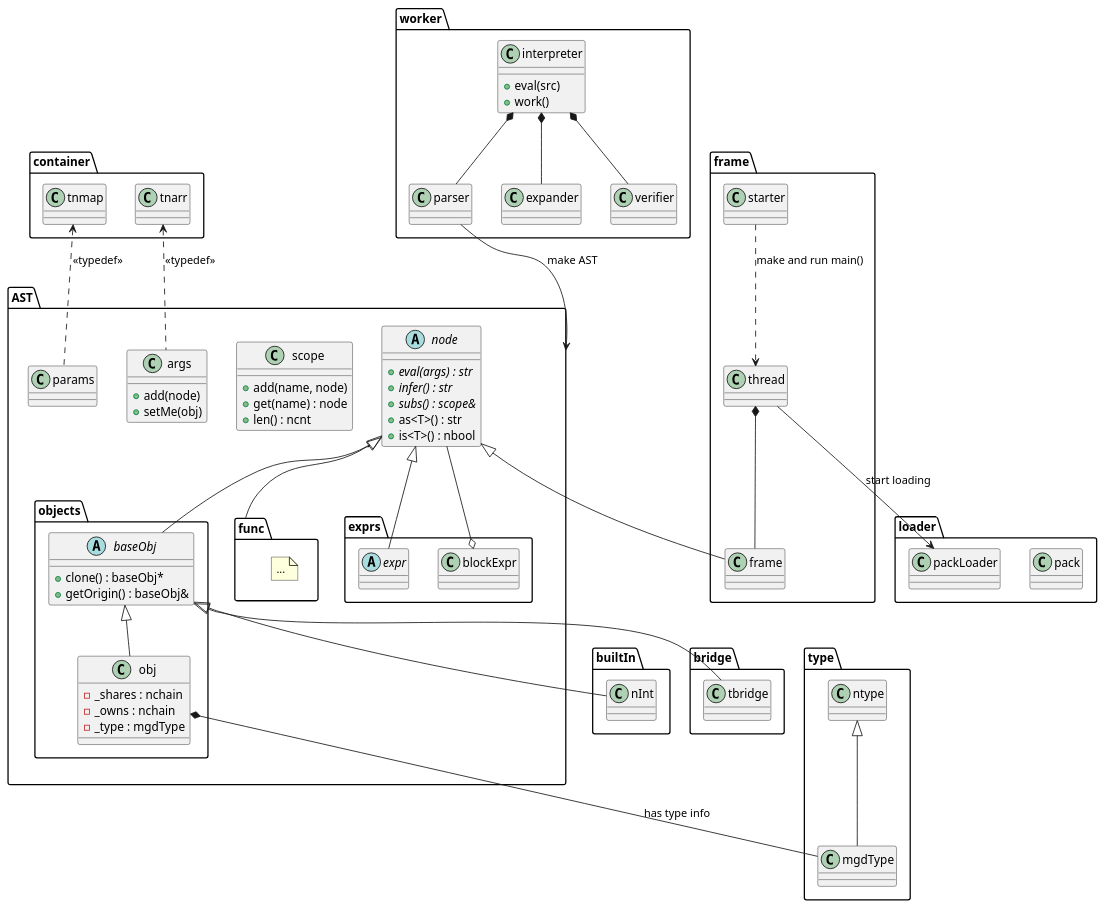
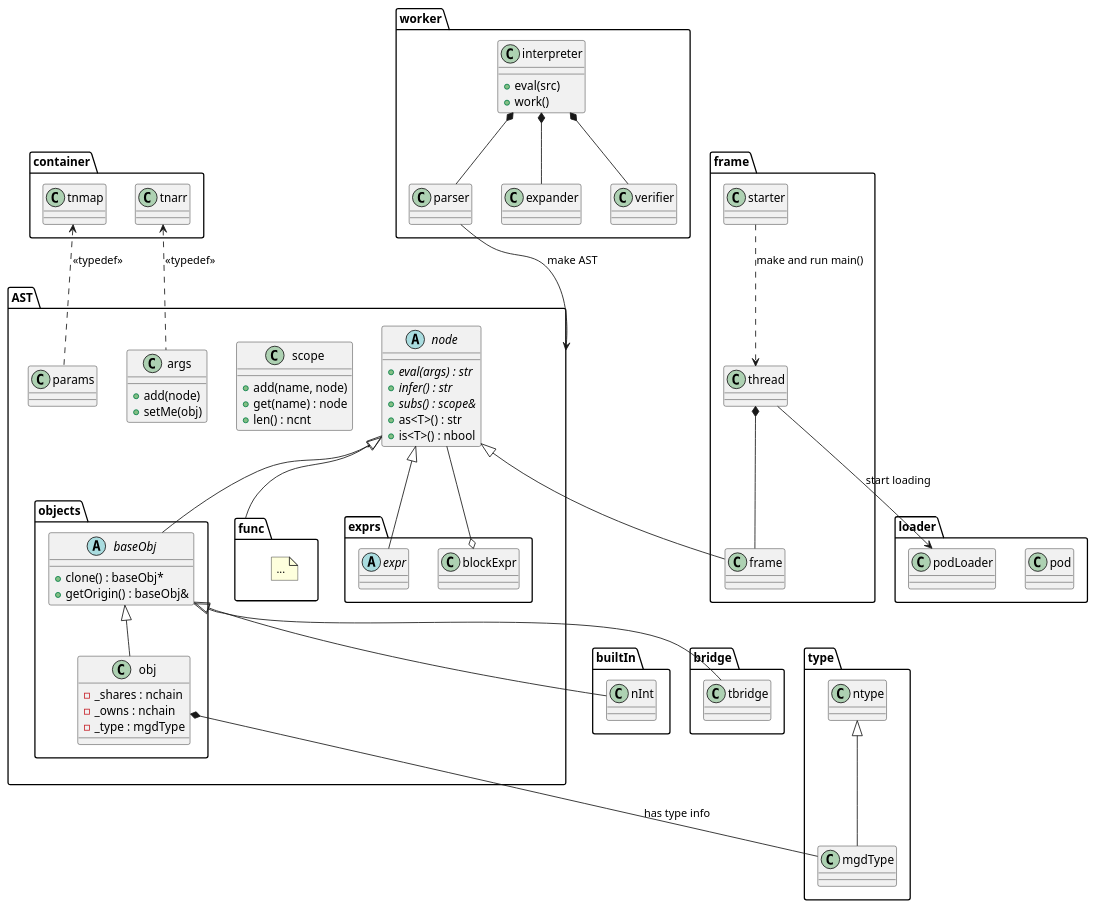
The second of 19 diagrams in doc/ref/ko/ak-architecture-core.md (byeolang/byeol), drawn with PlantUML before and after one commit. The commit also changed other lines of this file and 7 other files, not shown here.

Commit message:
doc: rename pack to pod

```diff
--- a/doc/ref/ko/ak-architecture-core.md
+++ b/doc/ref/ko/ak-architecture-core.md
@@ -191,8 +191,8 @@
 baseObj <|-- tbridge
 
 package loader {
-  class pack
-  class packLoader
+  class pod
+  class podLoader
 }
 
 package "frame" as frame1 {
@@ -203,7 +203,7 @@
 node <|-- frame
 thread *-- frame
 starter ..> thread: make and run main()
-thread --> packLoader: start loading
+thread --> podLoader: start loading
 
 package worker {
   class interpreter {
```
